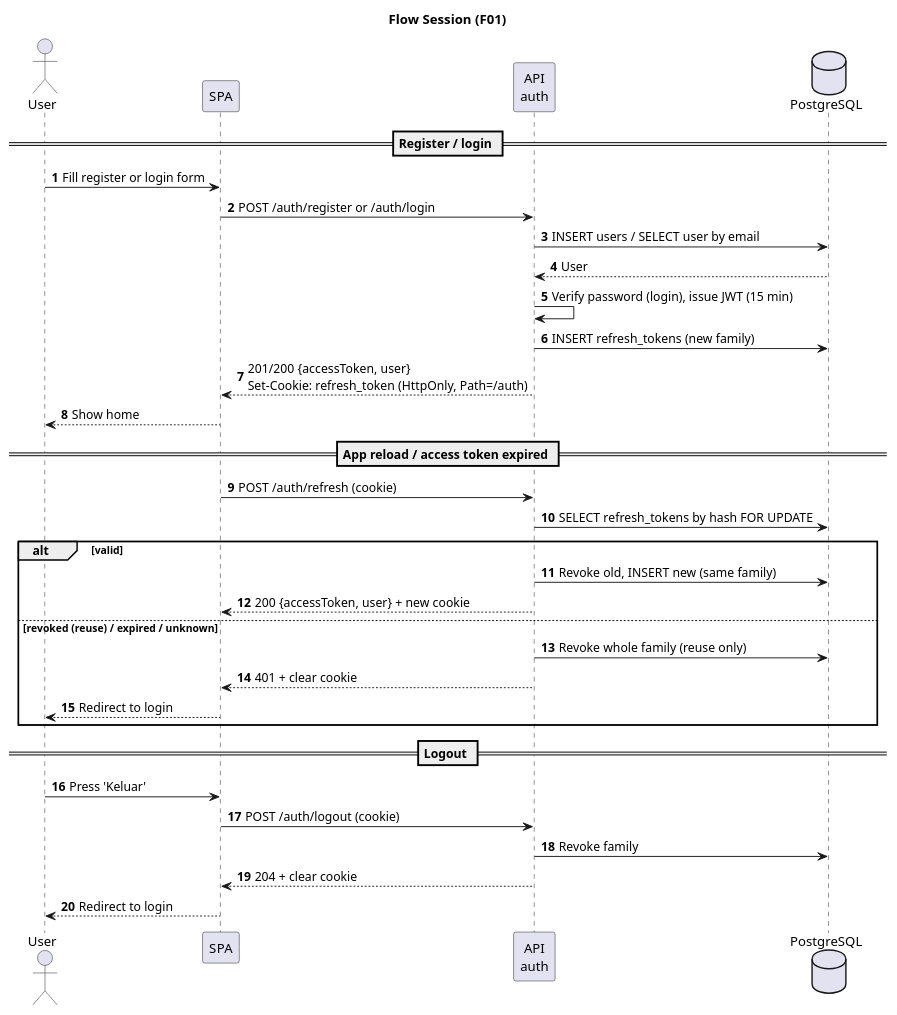
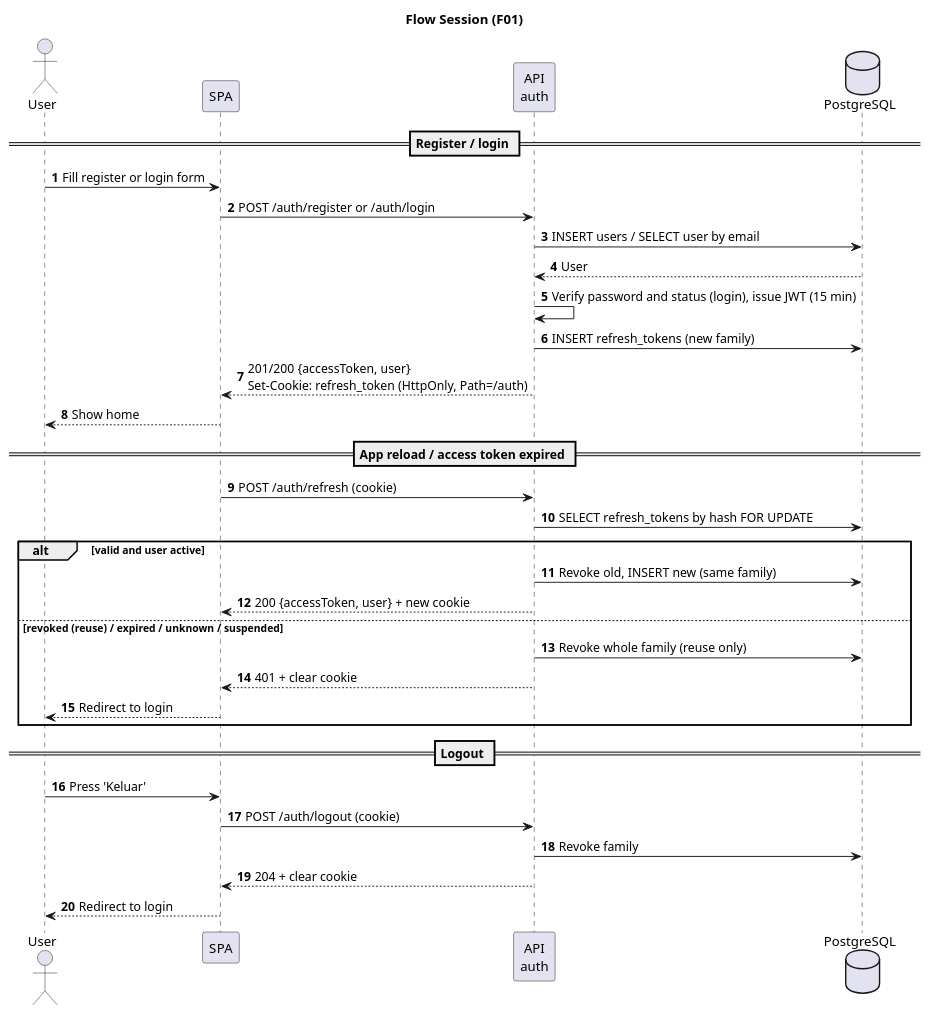
One commit to Titip-Dong/titipdong-be changed the first of 8 diagrams in docs/features/README.md. Above: the diagram before and after it, drawn with PlantUML. The commit also changed other lines of this file and 11 other files, not shown here.

````diff
--- a/docs/features/README.md
+++ b/docs/features/README.md
@@ -77,43 +38,43 @@
 ```plantuml
 @startuml session
 
 title Flow Session (F01)
 
 actor       "User"              as user
 participant "SPA"               as fe
 participant "API\nauth"         as auth
 database    "PostgreSQL"        as db
 
 autonumber
 == Register / login ==
 user -> fe      : Fill register or login form
 fe -> auth      : POST /auth/register or /auth/login
 auth -> db      : INSERT users / SELECT user by email
 db --> auth     : User
-auth -> auth    : Verify password (login), issue JWT (15 min)
+auth -> auth    : Verify password and status (login), issue JWT (15 min)
 auth -> db      : INSERT refresh_tokens (new family)
 auth --> fe     : 201/200 {accessToken, user}\nSet-Cookie: refresh_token (HttpOnly, Path=/auth)
 fe --> user     : Show home
 
 == App reload / access token expired ==
 fe -> auth      : POST /auth/refresh (cookie)
 auth -> db      : SELECT refresh_tokens by hash FOR UPDATE
 
-alt valid
+alt valid and user active
     auth -> db      : Revoke old, INSERT new (same family)
     auth --> fe     : 200 {accessToken, user} + new cookie
-else revoked (reuse) / expired / unknown
+else revoked (reuse) / expired / unknown / suspended
     auth -> db      : Revoke whole family (reuse only)
     auth --> fe     : 401 + clear cookie
     fe --> user     : Redirect to login
 end
 
 == Logout ==
 user -> fe      : Press 'Keluar'
 fe -> auth      : POST /auth/logout (cookie)
 auth -> db      : Revoke family
 auth --> fe     : 204 + clear cookie
 fe --> user     : Redirect to login
 
 @enduml
 ```
````
